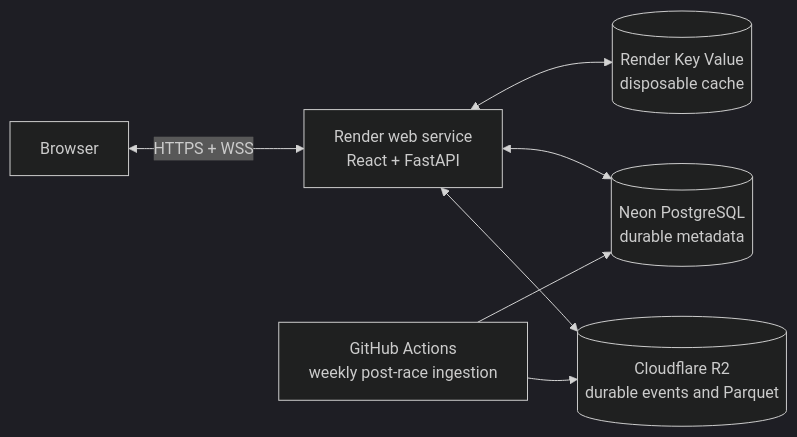
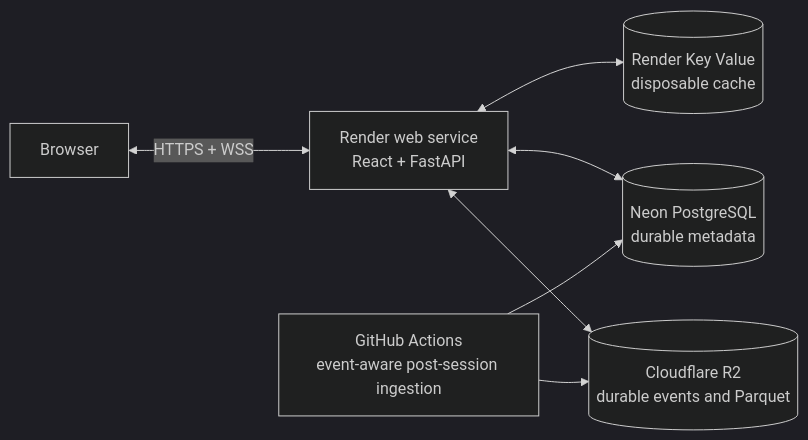
The diagram in docs/deployment.md (mohika05/pitwall), drawn with Mermaid (dark theme) before and after one commit. The commit also changed other lines of this file and 4 other files, not shown here.

````diff
--- a/docs/deployment.md
+++ b/docs/deployment.md
@@ -10,9 +10,9 @@
 ```mermaid
 flowchart LR
     U[Browser] <-->|HTTPS + WSS| R[Render web service<br/>React + FastAPI]
     R <--> K[(Render Key Value<br/>disposable cache)]
     R <--> N[(Neon PostgreSQL<br/>durable metadata)]
     R <--> O[(Cloudflare R2<br/>durable events and Parquet)]
-    G[GitHub Actions<br/>weekly post-race ingestion] --> N
+    G[GitHub Actions<br/>event-aware post-session ingestion] --> N
     G --> O
 ```
````
